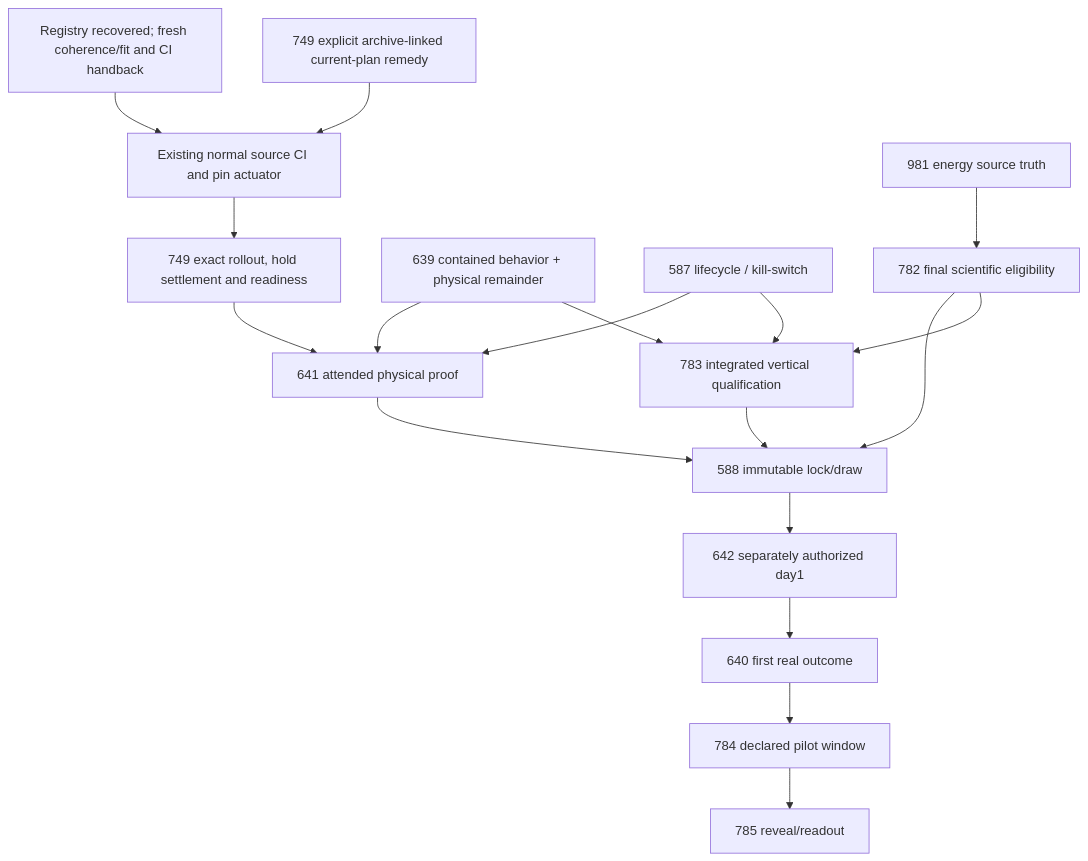
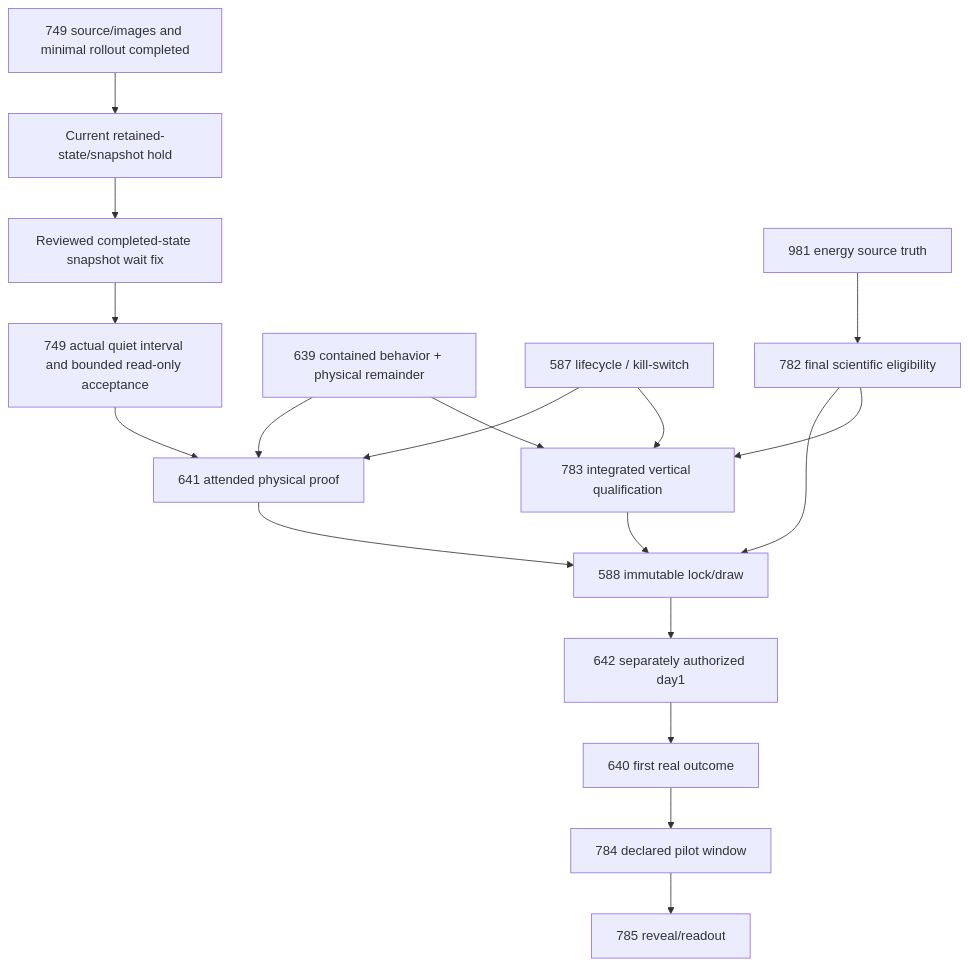
The diagram in planning/reviews/2026-10-17/DEPENDENCIES.md (VerdifyConsultancy/verdify-platform), drawn with Mermaid before and after one commit. The commit also changed other lines of this file and 14 other files, not shown here.

First line of the commit message:
fix: wait for atomic snapshots after completed writer runs

````diff
--- a/planning/reviews/2026-10-17/DEPENDENCIES.md
+++ b/planning/reviews/2026-10-17/DEPENDENCIES.md
@@ -7,20 +7,20 @@
 ```mermaid
 flowchart TD
-  repair["749 explicit archive-linked current-plan remedy"] --> delivery["Existing normal source CI and pin actuator"]
-  registry["Registry recovered; fresh coherence/fit and CI handback"] --> delivery
-  delivery --> i749["749 exact rollout, hold settlement and readiness"]
+  delivery["749 source/images and minimal rollout completed"] --> hold["Current retained-state/snapshot hold"]
+  hold --> remedy["Reviewed completed-state snapshot wait fix"]
+  remedy --> i749["749 actual quiet interval and bounded read-only acceptance"]
   i639["639 contained behavior + physical remainder"] --> i783["783 integrated vertical qualification"]
   i587["587 lifecycle / kill-switch"] --> i783
   i981["981 energy source truth"] --> i782["782 final scientific eligibility"]
   i782 --> i783
   i749 --> i641["641 attended physical proof"]
   i639 --> i641
   i587 --> i641
   i641 --> i588["588 immutable lock/draw"]
   i782 --> i588
   i783 --> i588
   i588 --> i642["642 separately authorized day1"]
   i642 --> i640["640 first real outcome"]
   i640 --> i784["784 declared pilot window"]
   i784 --> i785["785 reveal/readout"]
 ```
````
